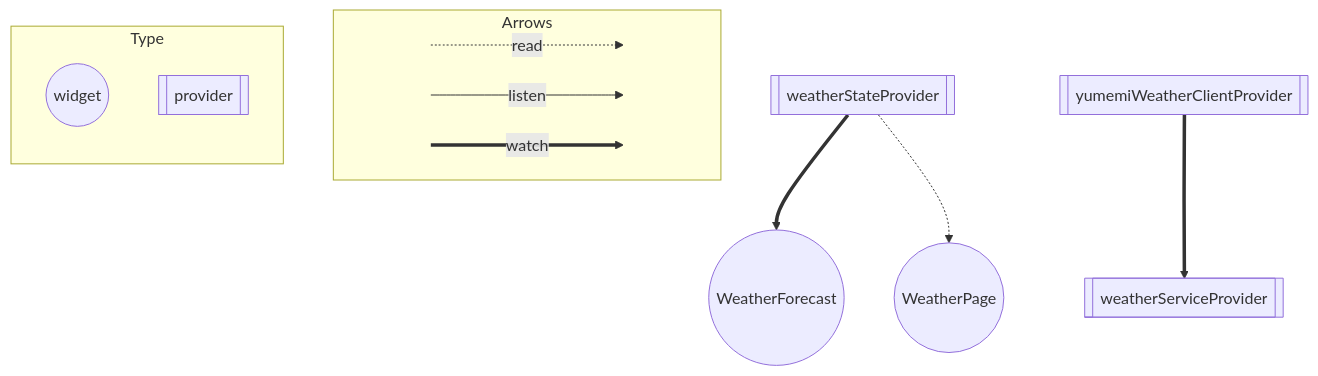
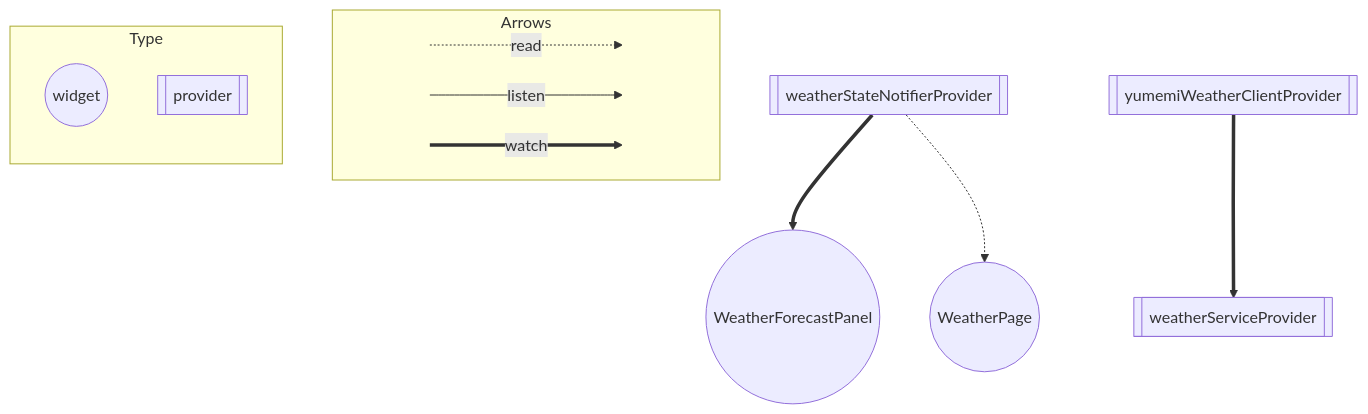
Before and after one commit to mqkotoo/flutter_training: the diagram in doc/graph.md, drawn with Mermaid.

````diff
--- a/doc/graph.md
+++ b/doc/graph.md
@@ -1,30 +1,30 @@
 ```mermaid
 flowchart TB
   subgraph Arrows
     direction LR
     start1[ ] -..->|read| stop1[ ]
     style start1 height:0px;
     style stop1 height:0px;
     start2[ ] --->|listen| stop2[ ]
     style start2 height:0px;
     style stop2 height:0px;
     start3[ ] ===>|watch| stop3[ ]
     style start3 height:0px;
     style stop3 height:0px;
   end
   subgraph Type
     direction TB
     ConsumerWidget((widget));
     Provider[[provider]];
   end
 
-  weatherStateProvider[["weatherStateProvider"]];
+  weatherStateNotifierProvider[["weatherStateNotifierProvider"]];
   weatherServiceProvider[["weatherServiceProvider"]];
   yumemiWeatherClientProvider[["yumemiWeatherClientProvider"]];
-  WeatherForecast((WeatherForecast));
+  WeatherForecastPanel((WeatherForecastPanel));
   WeatherPage((WeatherPage));
 
-  weatherStateProvider ==> WeatherForecast;
-  weatherStateProvider -.-> WeatherPage;
+  weatherStateNotifierProvider ==> WeatherForecastPanel;
+  weatherStateNotifierProvider -.-> WeatherPage;
   yumemiWeatherClientProvider ==> weatherServiceProvider;
 ```
````
